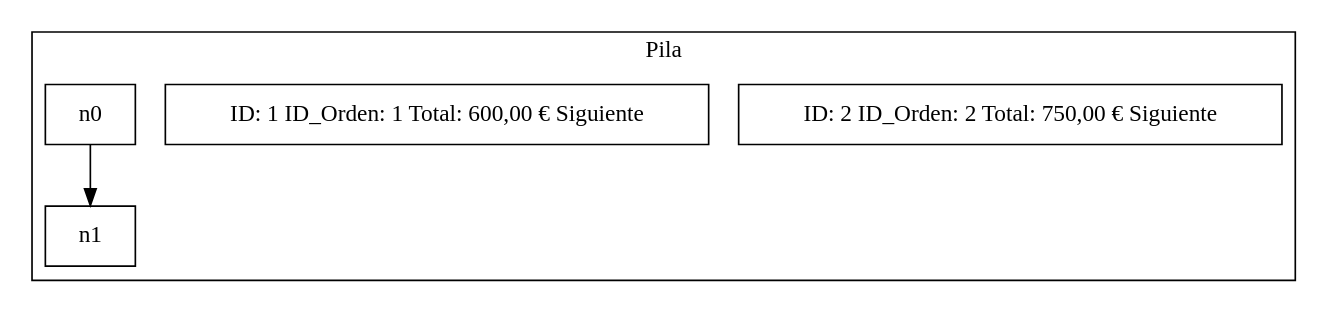
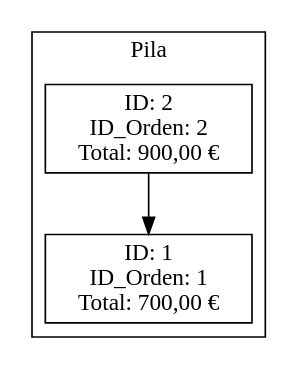
Before and after one commit to Farot30/-EDD-1S2025_202307820: the diagram in Fase#1/Graficas/Pila.dot, drawn with Graphviz. The commit also changed 29 other files, not shown here.

```diff
--- a/Fase#1/Graficas/Pila.dot
+++ b/Fase#1/Graficas/Pila.dot
@@ -1,16 +1,10 @@
 digraph G {
     node [shape=record];
     rankdir=TB;
     subgraph cluster_0 {
         label = "Pila";
-    node0 [label = "{<data> ID: 2 
- ID_Orden: 2 
- Total: 750,00 € 
-  Siguiente}"];
-    node1 [label = "{<data> ID: 1 
- ID_Orden: 1 
- Total: 600,00 € 
-  Siguiente}"];
-    n0:data -> n1;
+    node0 [label = "{ID: 2\nID_Orden: 2\nTotal: 900,00 €}"];
+    node1 [label = "{ID: 1\nID_Orden: 1\nTotal: 700,00 €}"];
+    node0 -> node1;
     }
 }
```
